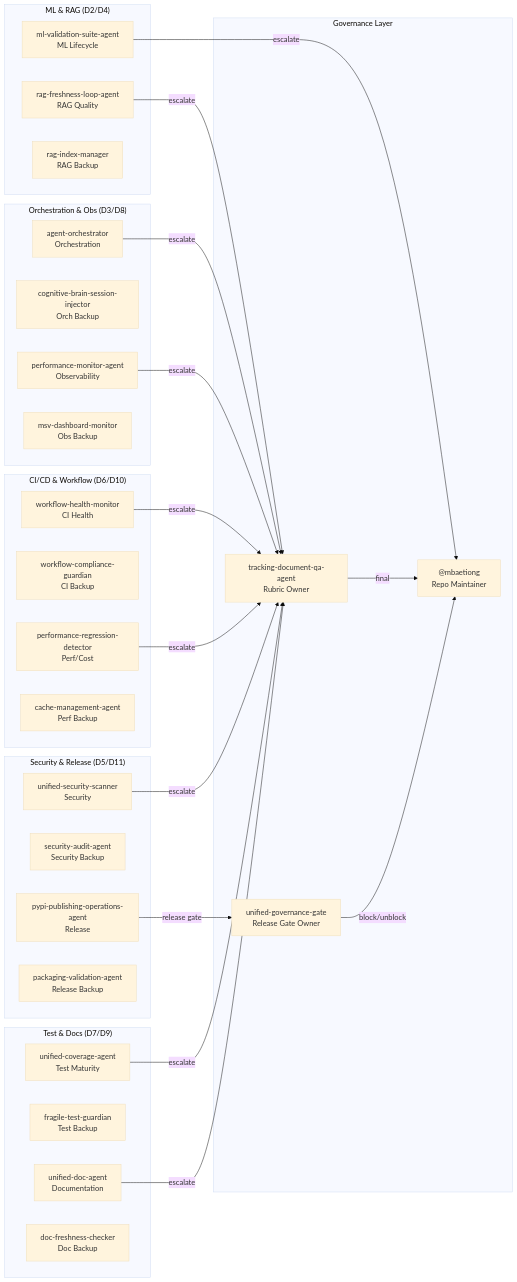
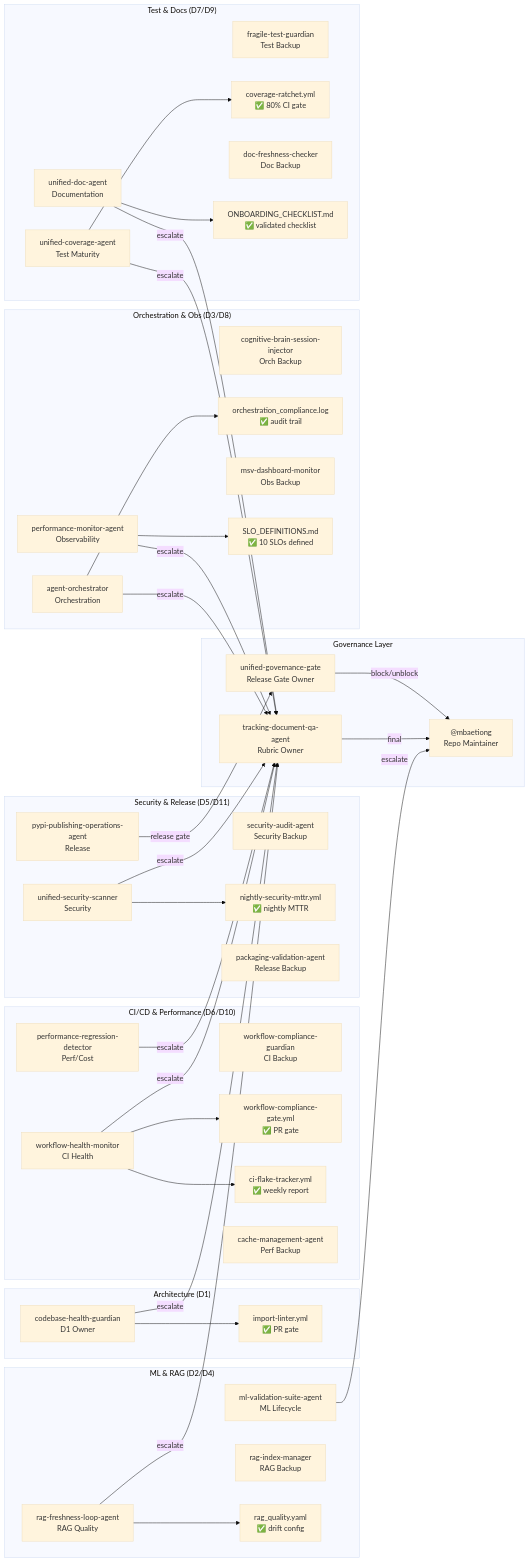
The diagram in .codex/plans/COMPLETION_GOVERNANCE.md (Aries-Serpent/_codex_), drawn with Mermaid (base theme) before and after one commit. The commit also changed other lines of this file and 13 other files, not shown here.

First line of the commit message:
feat: improve readiness score 76.4% + full mermaid/doc/living-doc sync

````diff
--- a/.codex/plans/COMPLETION_GOVERNANCE.md
+++ b/.codex/plans/COMPLETION_GOVERNANCE.md
@@ -159,55 +159,79 @@
 ```mermaid
 flowchart LR
     subgraph GOV["Governance Layer"]
         RubricOwner["tracking-document-qa-agent\nRubric Owner"]
         ReleaseGate["unified-governance-gate\nRelease Gate Owner"]
         mbaetiong["@mbaetiong\nRepo Maintainer"]
     end
 
-    subgraph CI["CI/CD & Workflow (D6/D10)"]
+    subgraph ARCH["Architecture (D1)"]
+        CHG["codebase-health-guardian\nD1 Owner"]
+        ILG["import-linter.yml\n✅ PR gate"]
+    end
+
+    subgraph CI["CI/CD & Performance (D6/D10)"]
         WHM["workflow-health-monitor\nCI Health"]
         WCG["workflow-compliance-guardian\nCI Backup"]
+        WCG2["workflow-compliance-gate.yml\n✅ PR gate"]
+        FLK["ci-flake-tracker.yml\n✅ weekly report"]
         PRD["performance-regression-detector\nPerf/Cost"]
         CMA["cache-management-agent\nPerf Backup"]
     end
 
     subgraph SEC["Security & Release (D5/D11)"]
         USS["unified-security-scanner\nSecurity"]
         SAA["security-audit-agent\nSecurity Backup"]
+        MTTR["nightly-security-mttr.yml\n✅ nightly MTTR"]
         PPOA["pypi-publishing-operations-agent\nRelease"]
         PVA["packaging-validation-agent\nRelease Backup"]
     end
 
     subgraph ML["ML & RAG (D2/D4)"]
         MVSA["ml-validation-suite-agent\nML Lifecycle"]
         RFL["rag-freshness-loop-agent\nRAG Quality"]
         RIM["rag-index-manager\nRAG Backup"]
+        RAGQ["rag_quality.yaml\n✅ drift config"]
     end
 
     subgraph ORCH["Orchestration & Obs (D3/D8)"]
         AO["agent-orchestrator\nOrchestration"]
         CBSI["cognitive-brain-session-injector\nOrch Backup"]
+        OCL["orchestration_compliance.log\n✅ audit trail"]
         PMA["performance-monitor-agent\nObservability"]
         MSD["msv-dashboard-monitor\nObs Backup"]
+        SLO["SLO_DEFINITIONS.md\n✅ 10 SLOs defined"]
     end
 
     subgraph TEST["Test & Docs (D7/D9)"]
         UCA["unified-coverage-agent\nTest Maturity"]
         FTG["fragile-test-guardian\nTest Backup"]
+        CVR["coverage-ratchet.yml\n✅ 80% CI gate"]
         UDA["unified-doc-agent\nDocumentation"]
         DFC["doc-freshness-checker\nDoc Backup"]
+        OBC["ONBOARDING_CHECKLIST.md\n✅ validated checklist"]
     end
 
+    CHG --> ILG
+    WHM --> WCG2
+    WHM --> FLK
+    USS --> MTTR
+    RFL --> RAGQ
+    AO --> OCL
+    PMA --> SLO
+    UCA --> CVR
+    UDA --> OBC
+
+    CHG -->|escalate| RubricOwner
     WHM -->|escalate| RubricOwner
     USS -->|escalate| RubricOwner
     MVSA -->|escalate| mbaetiong
     RFL -->|escalate| RubricOwner
     AO -->|escalate| RubricOwner
     PMA -->|escalate| RubricOwner
     UCA -->|escalate| RubricOwner
     UDA -->|escalate| RubricOwner
     PRD -->|escalate| RubricOwner
     PPOA -->|release gate| ReleaseGate
     RubricOwner -->|final| mbaetiong
     ReleaseGate -->|block/unblock| mbaetiong
 ```
````
